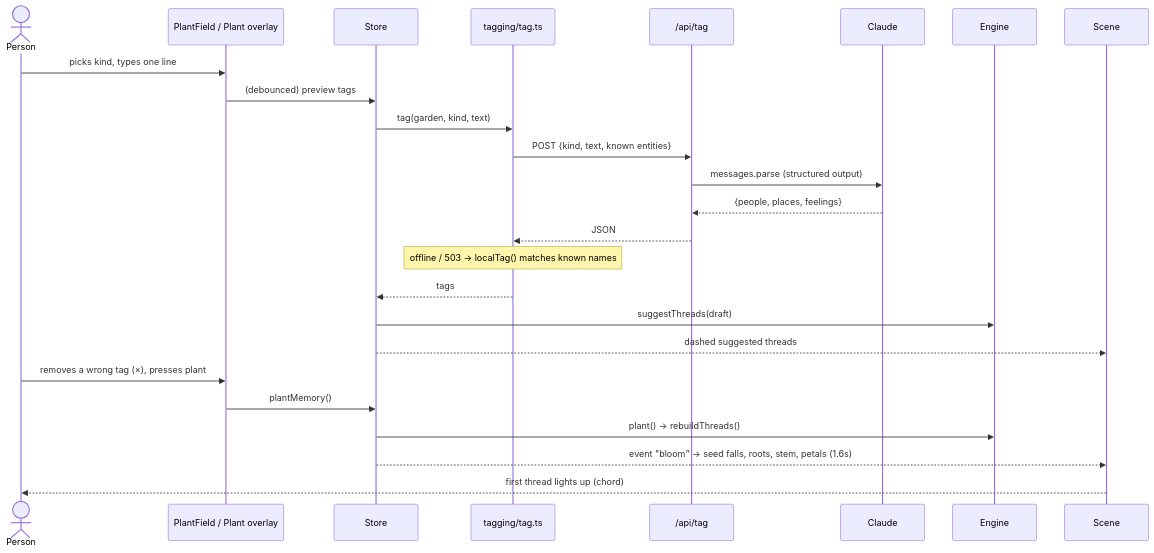
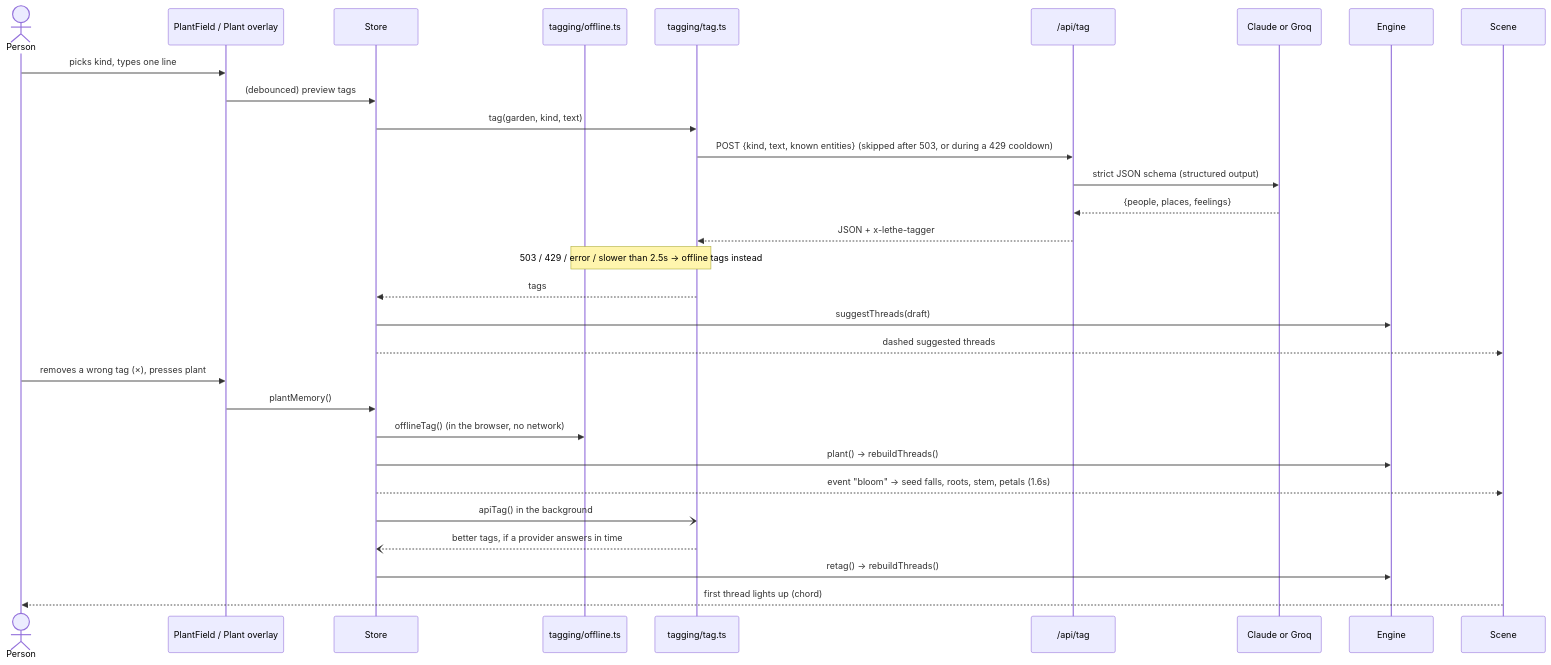
The sixth of 9 diagrams in docs/architecture.md (InfectedDuck/Lethe), drawn with Mermaid before and after one commit. The commit also changed other lines of this file and 3 other files, not shown here.

````diff
--- a/docs/architecture.md
+++ b/docs/architecture.md
@@ -140,27 +142,32 @@
 ```mermaid
 sequenceDiagram
   actor P as Person
   participant UI as PlantField / Plant overlay
   participant S as Store
+  participant O as tagging/offline.ts
   participant T as tagging/tag.ts
   participant F as /api/tag
-  participant C as Claude
+  participant C as Claude or Groq
   participant E as Engine
   participant G as Scene
   P->>UI: picks kind, types one line
   UI->>S: (debounced) preview tags
   S->>T: tag(garden, kind, text)
-  T->>F: POST {kind, text, known entities}
-  F->>C: messages.parse (structured output)
+  T->>F: POST {kind, text, known entities} (skipped after 503, or during a 429 cooldown)
+  F->>C: strict JSON schema (structured output)
   C-->>F: {people, places, feelings}
-  F-->>T: JSON
-  Note over T: offline / 503 → localTag() matches known names
+  F-->>T: JSON + x-lethe-tagger
+  Note over T,O: 503 / 429 / error / slower than 2.5s → offline tags instead
   T-->>S: tags
   S->>E: suggestThreads(draft)
   S-->>G: dashed suggested threads
   P->>UI: removes a wrong tag (×), presses plant
   UI->>S: plantMemory()
+  S->>O: offlineTag() (in the browser, no network)
   S->>E: plant() → rebuildThreads()
   S-->>G: event "bloom" → seed falls, roots, stem, petals (1.6s)
+  S-)T: apiTag() in the background
+  T--)S: better tags, if a provider answers in time
+  S->>E: retag() → rebuildThreads()
   G-->>P: first thread lights up (chord)
 ```
````
